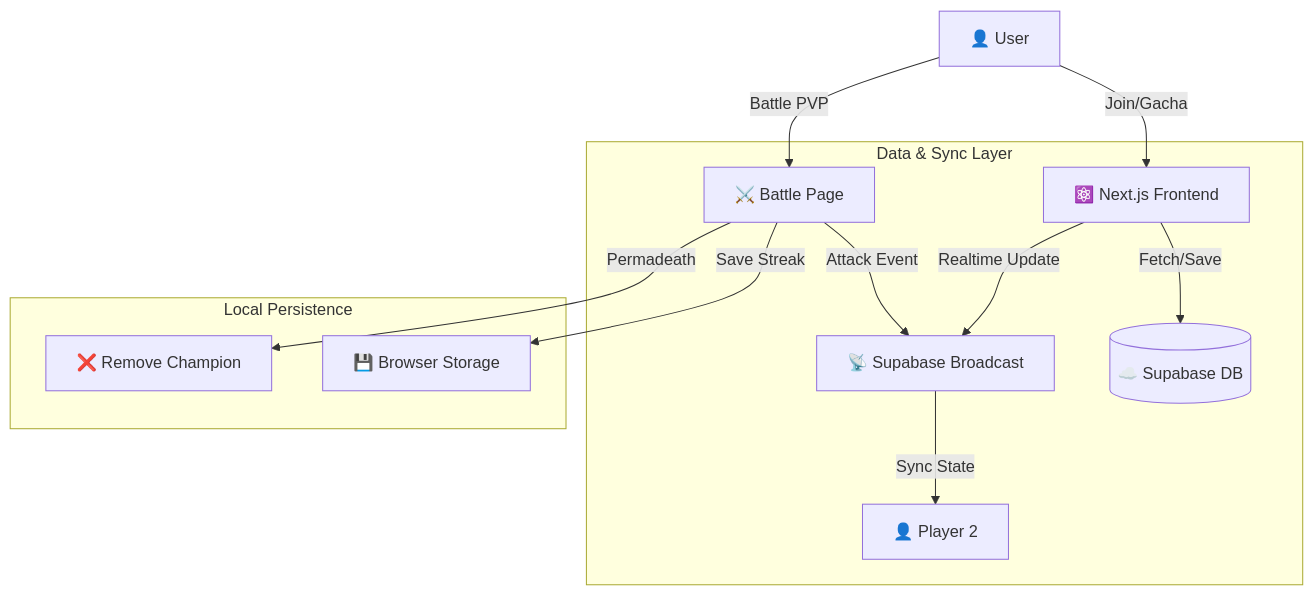
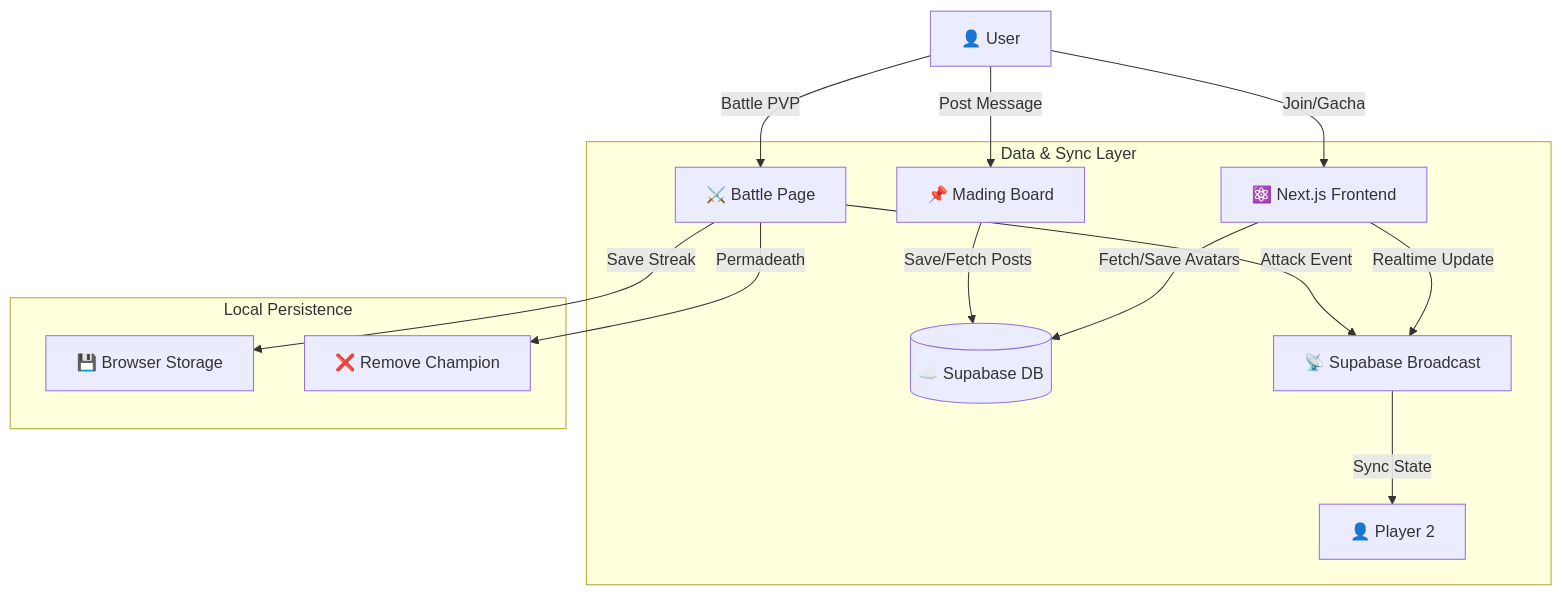
The diagram in README.md (Marvx-US/AsahMemory), drawn with Mermaid before and after one commit. The commit also changed other lines of this file, not shown here.

````diff
--- a/README.md
+++ b/README.md
@@ -66,17 +76,19 @@
 ```mermaid
 graph TD
     User[👤 User] -->|Join/Gacha| NextJS[⚛️ Next.js Frontend]
     User -->|Battle PVP| Battle[⚔️ Battle Page]
+    User -->|Post Message| Mading[📌 Mading Board]
     
     subgraph "Data & Sync Layer"
-        NextJS -->|Fetch/Save| DB[(☁️ Supabase DB)]
+        NextJS -->|Fetch/Save Avatars| DB[(☁️ Supabase DB)]
+        Mading -->|Save/Fetch Posts| DB
         NextJS -->|Realtime Update| Broadcast[📡 Supabase Broadcast]
         Battle -->|Attack Event| Broadcast
         Broadcast -->|Sync State| Opponent[👤 Player 2]
     end
     
     subgraph "Local Persistence"
         Battle -->|Save Streak| LocalStorage[💾 Browser Storage]
         Battle -->|Permadeath| Delete[❌ Remove Champion]
     end
 ```
````
